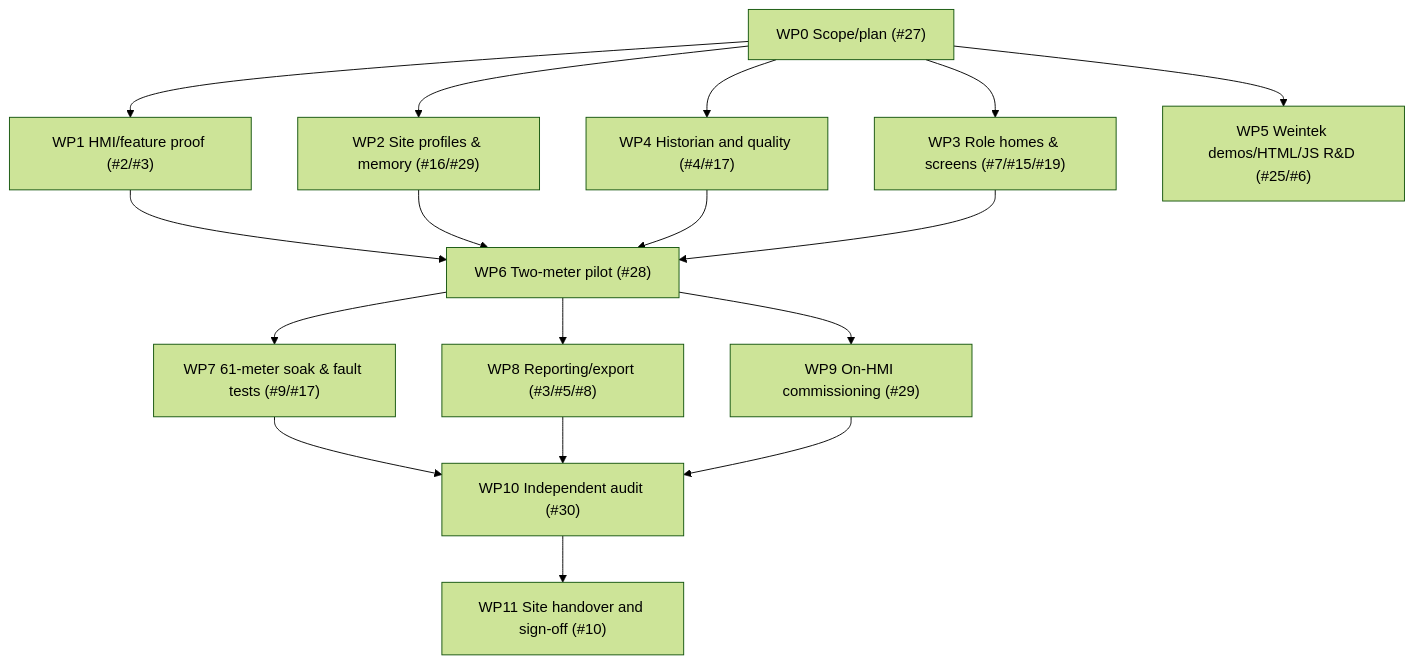
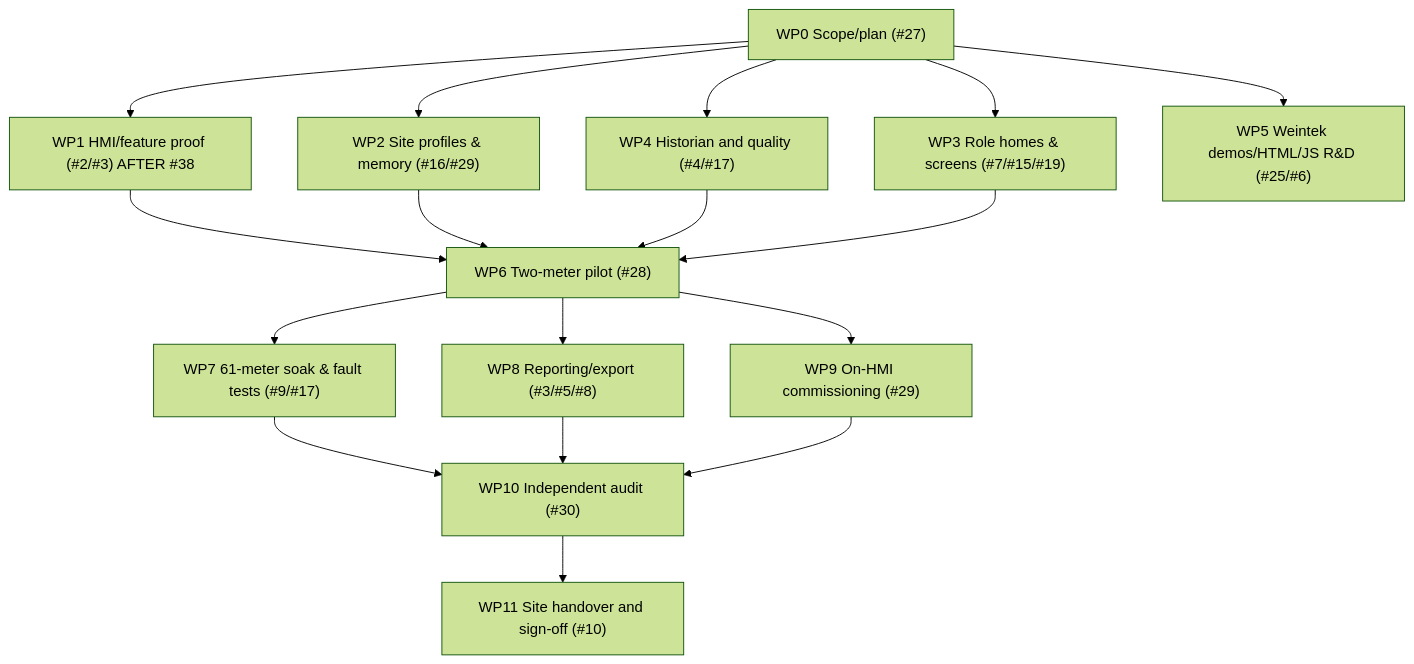
One commit to raohassandev/Weintek-Macro-Javascript-based-reporting changed the diagram in docs/UCS_DELIVERY_WORKPACKAGES.md. Above: the diagram before and after it, drawn with Mermaid (forest theme). The commit also changed other lines of this file and 29 other files, not shown here.

````diff
--- a/docs/UCS_DELIVERY_WORKPACKAGES.md
+++ b/docs/UCS_DELIVERY_WORKPACKAGES.md
@@ -6,19 +6,19 @@
 ```mermaid
 flowchart TD
-  BASE["WP0 Scope/plan (#27)"] --> H["WP1 HMI/feature proof (#2/#3)"]
+  BASE["WP0 Scope/plan (#27)"] --> H["WP1 HMI/feature proof (#2/#3) AFTER #38"]
   BASE --> A["WP2 Site profiles & memory (#16/#29)"]
   BASE --> UX["WP3 Role homes & screens (#7/#15/#19)"]
   BASE --> DATA["WP4 Historian and quality (#4/#17)"]
   BASE --> RND["WP5 Weintek demos/HTML/JS R&D (#25/#6)"]
   H --> PILOT["WP6 Two-meter pilot (#28)"]
   A --> PILOT
   DATA --> PILOT
   UX --> PILOT
   PILOT --> LOAD["WP7 61-meter soak & fault tests (#9/#17)"]
   PILOT --> REPORT["WP8 Reporting/export (#3/#5/#8)"]
   PILOT --> COMM["WP9 On-HMI commissioning (#29)"]
   LOAD --> AUDIT["WP10 Independent audit (#30)"]
   REPORT --> AUDIT
   COMM --> AUDIT
   AUDIT --> RELEASE["WP11 Site handover and sign-off (#10)"]
 ```
````
